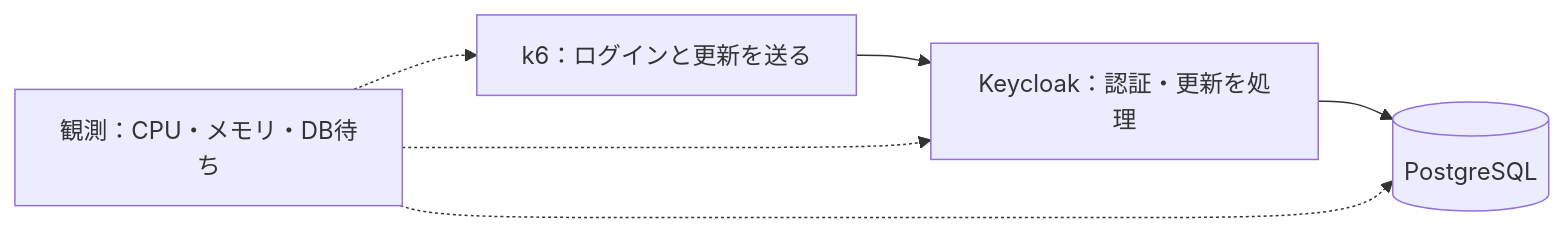
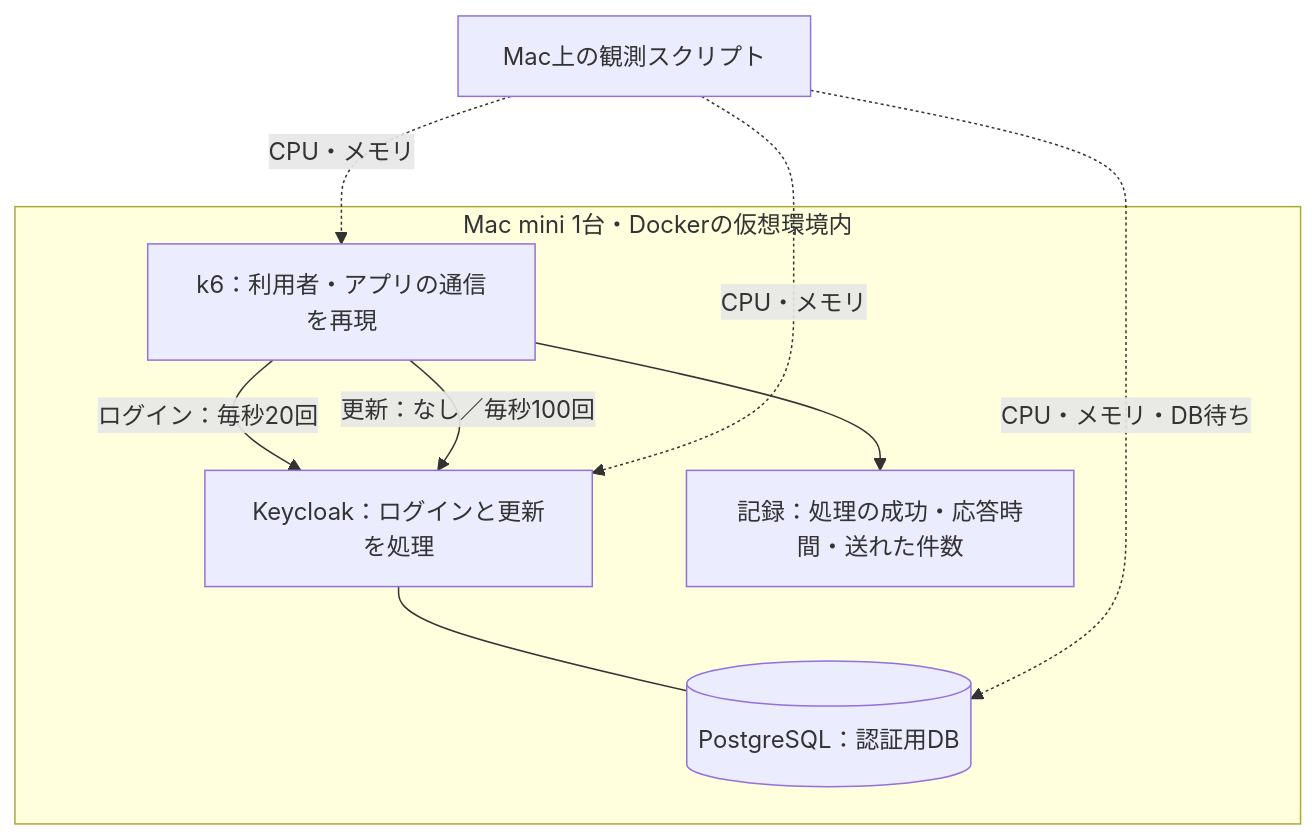
Before and after one commit to higuuu/oidc-load-lab: the second of 4 diagrams in article/qiita.md, drawn with Mermaid. The commit also changed other lines of this file and 1 other file, not shown here.

Commit message:
Introduce Keycloak and experiment diagrams before measurement conditions

````diff
--- a/article/qiita.md
+++ b/article/qiita.md
@@ -50,8 +35,15 @@
 ```mermaid
-flowchart LR
-    K6["k6：ログインと更新を送る"] --> KC["Keycloak：認証・更新を処理"]
-    KC --> DB[(PostgreSQL)]
-    OBS["観測：CPU・メモリ・DB待ち"] -.-> K6
-    OBS -.-> KC
-    OBS -.-> DB
+flowchart TB
+    subgraph MAC["Mac mini 1台・Dockerの仮想環境内"]
+        K6["k6：利用者・アプリの通信を再現"]
+        KC["Keycloak：ログインと更新を処理"]
+        DB[("PostgreSQL：認証用DB")]
+        K6 -->|"ログイン：毎秒20回"| KC
+        K6 -->|"更新：なし／毎秒100回"| KC
+        KC --- DB
+        K6 --> R["記録：処理の成功・応答時間・送れた件数"]
+    end
+    OBS["Mac上の観測スクリプト"] -.->|"CPU・メモリ"| K6
+    OBS -.->|"CPU・メモリ"| KC
+    OBS -.->|"CPU・メモリ・DB待ち"| DB
 ```
````
